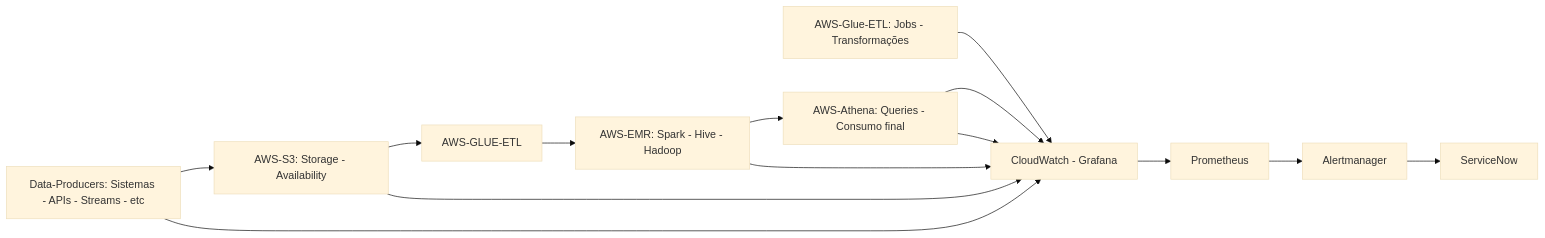
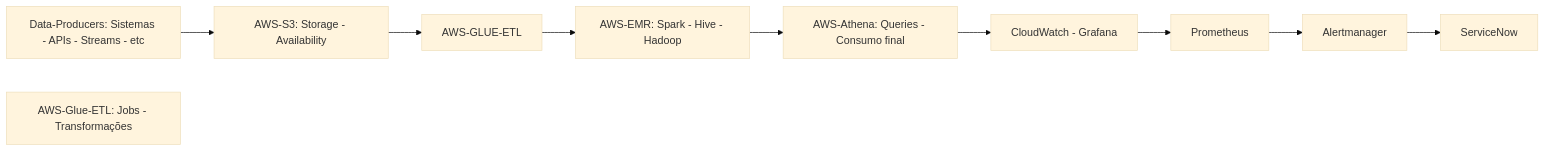
One commit to pmagaiwer/aws-datalake-observability changed the diagram in docs/architecture_observability_data_lake.md. Above: the diagram before and after it, drawn with Mermaid (base theme).

````diff
--- a/docs/architecture_observability_data_lake.md
+++ b/docs/architecture_observability_data_lake.md
@@ -3,20 +3,15 @@
 ```mermaid
 flowchart LR
     Data-Producers[" Data-Producers: Sistemas - APIs - Streams - etc"]
     AWS-S3["AWS-S3: Storage - Availability"]
     AWS-Glue-ETL["AWS-Glue-ETL: Jobs - Transformações"]
     AWS-EMR["AWS-EMR: Spark - Hive - Hadoop"]
     AWS-Athena["AWS-Athena: Queries - Consumo final"]
     Observabilidade-CloudWatch+Grafana["CloudWatch - Grafana"]
     Prometheus["Prometheus"]
     Alertmanager["Alertmanager"]
     ServiceNow["ServiceNow"]
 
     Data-Producers --> AWS-S3 --> AWS-GLUE-ETL --> AWS-EMR --> AWS-Athena --> Observabilidade-CloudWatch+Grafana
-    Data-Producers --> Observabilidade-CloudWatch+Grafana
-    AWS-S3 --> Observabilidade-CloudWatch+Grafana
-    AWS-Glue-ETL --> Observabilidade-CloudWatch+Grafana
-    AWS-EMR --> Observabilidade-CloudWatch+Grafana
-    AWS-Athena --> Observabilidade-CloudWatch+Grafana
     Observabilidade-CloudWatch+Grafana --> Prometheus --> Alertmanager --> ServiceNow
 ```
````
